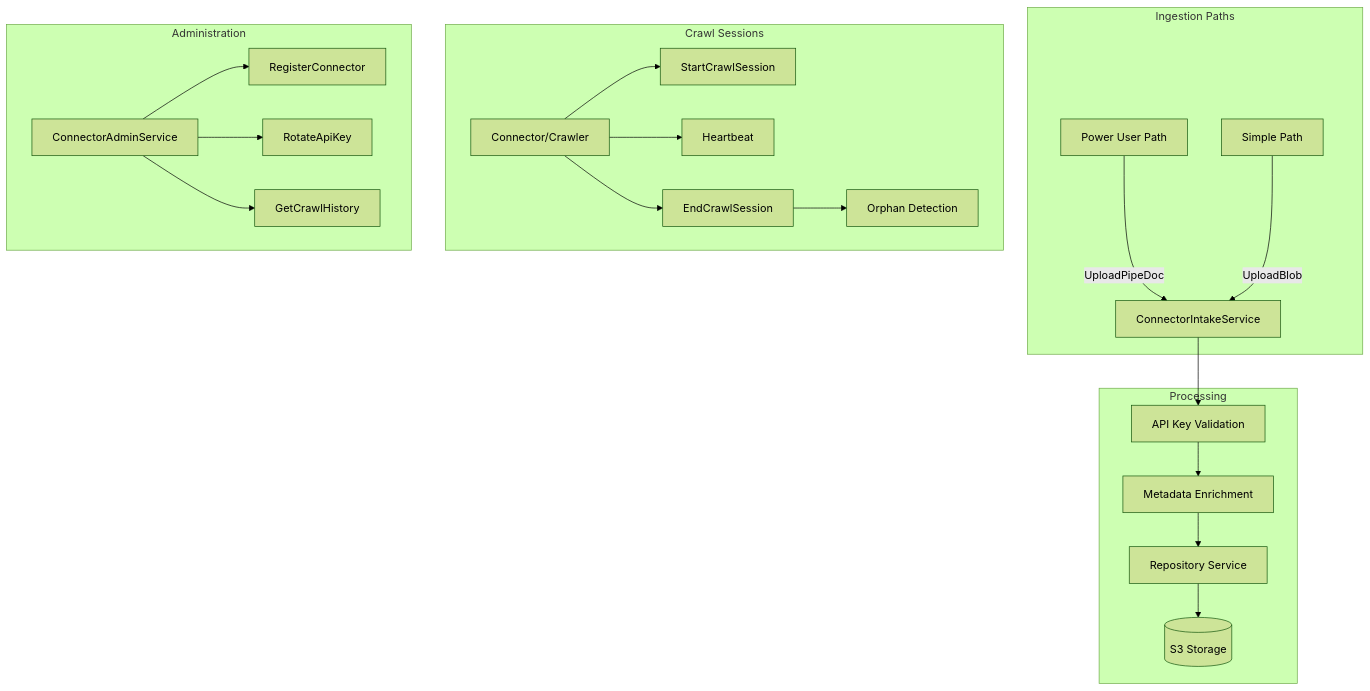
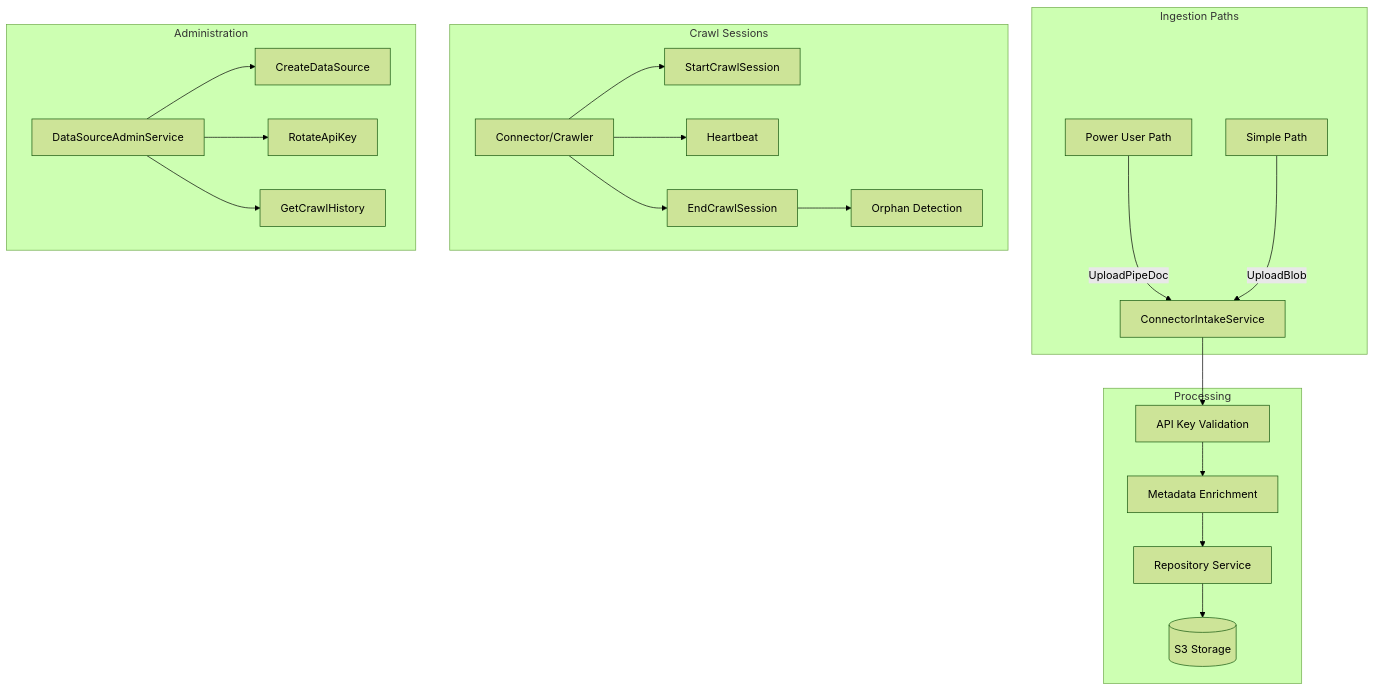
Before and after one commit to ai-pipestream/pipestream-protos: the first of 2 diagrams in intake/README.md, drawn with Mermaid (forest theme). The commit also changed other lines of this file, not shown here.

First line of the commit message:
Update intake README to reflect DataSource rename

````diff
--- a/intake/README.md
+++ b/intake/README.md
@@ -24,31 +24,31 @@
 ```mermaid
 graph TD
     subgraph "Ingestion Paths"
         POWER[Power User Path]
         SIMPLE[Simple Path]
         POWER -->|UploadPipeDoc| INTAKE[ConnectorIntakeService]
         SIMPLE -->|UploadBlob| INTAKE
     end
 
     subgraph "Processing"
         INTAKE --> AUTH[API Key Validation]
         AUTH --> ENRICH[Metadata Enrichment]
         ENRICH --> REPO[Repository Service]
         REPO --> S3[(S3 Storage)]
     end
 
     subgraph "Crawl Sessions"
         CRAWLER[Connector/Crawler]
         CRAWLER --> START[StartCrawlSession]
         CRAWLER --> HB[Heartbeat]
         CRAWLER --> END[EndCrawlSession]
         END --> ORPHAN[Orphan Detection]
     end
 
     subgraph "Administration"
-        ADMIN[ConnectorAdminService]
-        ADMIN --> REG[RegisterConnector]
+        ADMIN[DataSourceAdminService]
+        ADMIN --> CREATE[CreateDataSource]
         ADMIN --> ROTATE[RotateApiKey]
         ADMIN --> HIST[GetCrawlHistory]
     end
 ```
````
